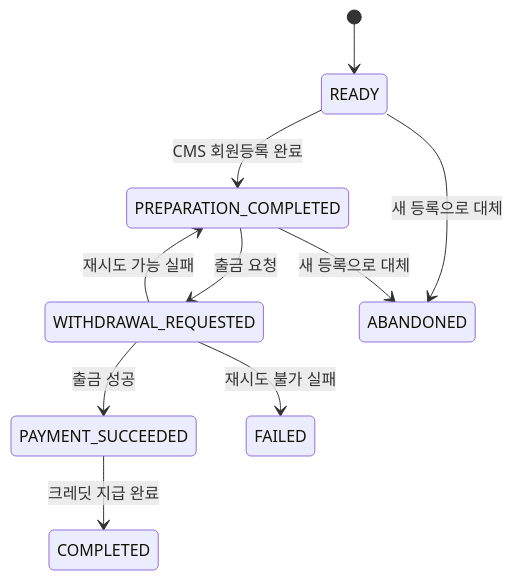
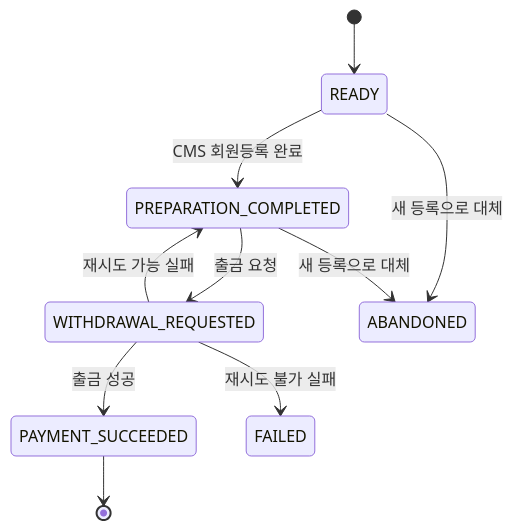
Before and after one commit to maruhxn/portfolio: the second of 3 diagrams in content/projects/wallet.md, drawn with Mermaid. The commit also changed other lines of this file and 1 other file, not shown here.

````diff
--- a/content/projects/wallet.md
+++ b/content/projects/wallet.md
@@ -50,12 +44,12 @@
-   ```mermaid
-   stateDiagram-v2
-       [*] --> READY
-       READY --> PREPARATION_COMPLETED: CMS 회원등록 완료
-       PREPARATION_COMPLETED --> WITHDRAWAL_REQUESTED: 출금 요청
-       WITHDRAWAL_REQUESTED --> PAYMENT_SUCCEEDED: 출금 성공
-       PAYMENT_SUCCEEDED --> COMPLETED: 크레딧 지급 완료
-       WITHDRAWAL_REQUESTED --> PREPARATION_COMPLETED: 재시도 가능 실패
-       WITHDRAWAL_REQUESTED --> FAILED: 재시도 불가 실패
-       READY --> ABANDONED: 새 등록으로 대체
-       PREPARATION_COMPLETED --> ABANDONED: 새 등록으로 대체
-   ```
+```mermaid
+stateDiagram-v2
+    [*] --> READY
+    READY --> PREPARATION_COMPLETED: CMS 회원등록 완료
+    PREPARATION_COMPLETED --> WITHDRAWAL_REQUESTED: 출금 요청
+    WITHDRAWAL_REQUESTED --> PAYMENT_SUCCEEDED: 출금 성공
+    WITHDRAWAL_REQUESTED --> PREPARATION_COMPLETED: 재시도 가능 실패
+    WITHDRAWAL_REQUESTED --> FAILED: 재시도 불가 실패
+    READY --> ABANDONED: 새 등록으로 대체
+    PREPARATION_COMPLETED --> ABANDONED: 새 등록으로 대체
+    PAYMENT_SUCCEEDED --> [*]
+```
````
